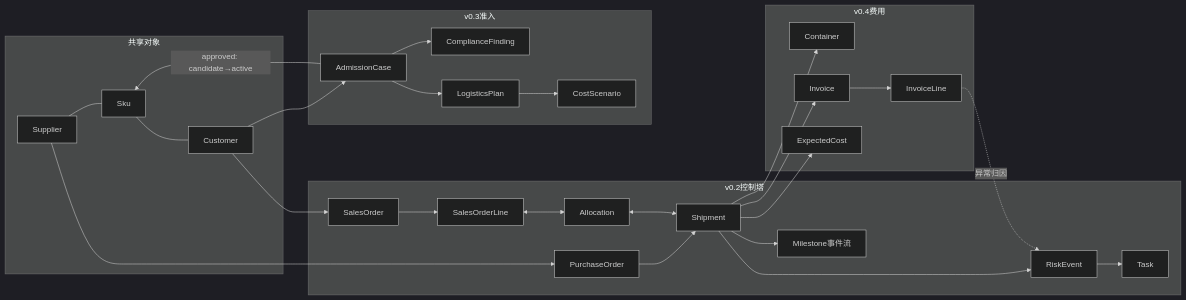
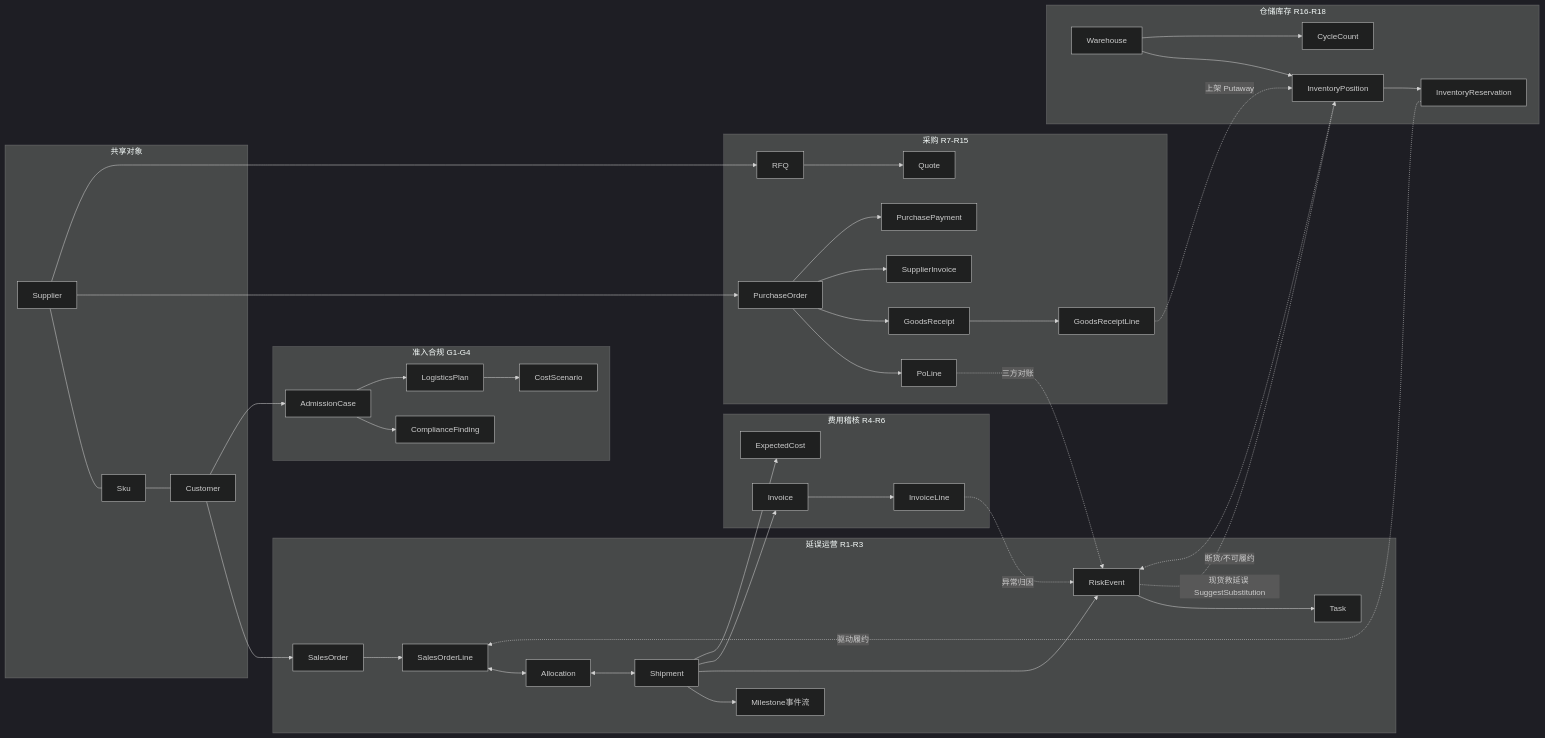
One commit to seekiingforhappiness-glitch/us-cross-border-supply-chain-whitepaper changed the second of 3 diagrams in docs/architecture.md. Above: the diagram before and after it, drawn with Mermaid (dark theme). The commit also changed other lines of this file and 1 other file, not shown here.

First line of the commit message:
[loop 3/15] architecture.md 刷新到当前5场景全貌

````diff
--- a/docs/architecture.md
+++ b/docs/architecture.md
@@ -40,24 +40,38 @@
 ```mermaid
 flowchart LR
-    subgraph 共享对象
+    subgraph 共享["共享对象"]
         Supplier --- Sku --- Customer
     end
-    subgraph v0.2控制塔
+    subgraph 延误["延误运营 R1-R3"]
         Customer --> SO[SalesOrder] --> SOL[SalesOrderLine]
-        Supplier --> PO[PurchaseOrder] --> SHP[Shipment]
+        SOL <--> ALC[Allocation] <--> SHP[Shipment]
         SHP --> MS[Milestone事件流]
-        SOL <--> ALC[Allocation] <--> SHP
         SHP --> RSK[RiskEvent] --> TSK[Task]
     end
-    subgraph v0.3准入
+    subgraph 费用["费用稽核 R4-R6"]
+        SHP --> INV[Invoice] --> IL[InvoiceLine]
+        SHP --> EC[ExpectedCost]
+    end
+    subgraph 准入["准入合规 G1-G4"]
         Customer --> AC[AdmissionCase] --> CF[ComplianceFinding]
         AC --> LP[LogisticsPlan] --> CS[CostScenario]
-        AC -->|approved: candidate→active| Sku
     end
-    subgraph v0.4费用
-        SHP --> CONT[Container]
-        SHP --> INV[Invoice] --> IL[InvoiceLine]
-        SHP --> EC[ExpectedCost]
-        IL -.异常归因.-> RSK
+    subgraph 采购["采购 R7-R15"]
+        Supplier --> PO[PurchaseOrder] --> POL[PoLine]
+        PO --> GRN[GoodsReceipt] --> GRL[GoodsReceiptLine]
+        PO --> SINV[SupplierInvoice]
+        Supplier --> RFQ[RFQ] --> Quote
+        PO --> PAY[PurchasePayment]
     end
+    subgraph 仓储["仓储库存 R16-R18"]
+        WH[Warehouse] --> IP[InventoryPosition]
+        IP --> RES[InventoryReservation]
+        WH --> CC[CycleCount]
+    end
+    GRL -.上架 Putaway.-> IP
+    RES -.驱动履约.-> SOL
+    RSK -.现货救延误 SuggestSubstitution.-> IP
+    IL -.异常归因.-> RSK
+    POL -.三方对账.-> RSK
+    IP -.断货/不可履约.-> RSK
 ```
````
